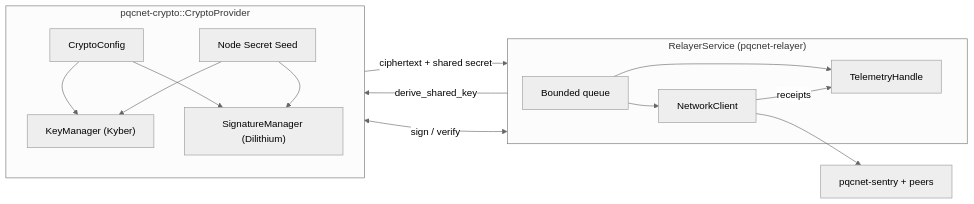
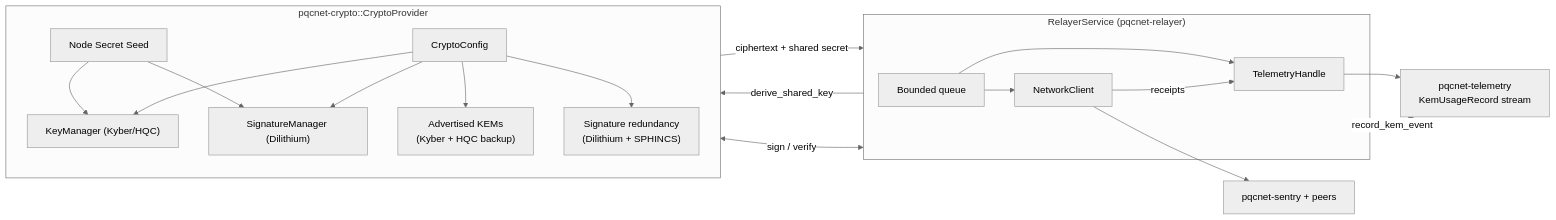
The diagram in pqcnet-contracts/pqcnet-relayer/README.md (Lpierzina/pqc-tracing-bot), drawn with Mermaid before and after one commit. The commit also changed other lines of this file and 5 other files, not shown here.

First line of the commit message:
Update pqc readme and diagrams (#125)

````diff
--- a/pqcnet-contracts/pqcnet-relayer/README.md
+++ b/pqcnet-contracts/pqcnet-relayer/README.md
@@ -33,29 +37,37 @@
 ```mermaid
 %%{init: { "theme": "neutral" }}%%
 flowchart LR
     subgraph Crypto["pqcnet-crypto::CryptoProvider"]
         cfg["CryptoConfig"]
         seed["Node Secret Seed"]
-        kem["KeyManager (Kyber)"]
+        inv["Advertised KEMs\n(Kyber + HQC backup)"]
+        sigplan["Signature redundancy\n(Dilithium + SPHINCS)"]
+        kem["KeyManager (Kyber/HQC)"]
         sig["SignatureManager (Dilithium)"]
         cfg --> kem
         cfg --> sig
+        cfg --> inv
+        cfg --> sigplan
         seed --> kem
         seed --> sig
     end
 
     subgraph Relayer["RelayerService (pqcnet-relayer)"]
         queue["Bounded queue"]
         net["NetworkClient"]
         tel["TelemetryHandle"]
     end
 
+    telemetry["pqcnet-telemetry\nKemUsageRecord stream"]
+
     queue --> net
     queue --> tel
     net -->|receipts| tel
+    tel --> telemetry
 
     Relayer -->|derive_shared_key| Crypto
     Crypto -->|ciphertext + shared secret| Relayer
     Relayer <--> |sign / verify| Crypto
+    Relayer -->|record_kem_event| telemetry
     net --> Sentries["pqcnet-sentry + peers"]
 ```
````
